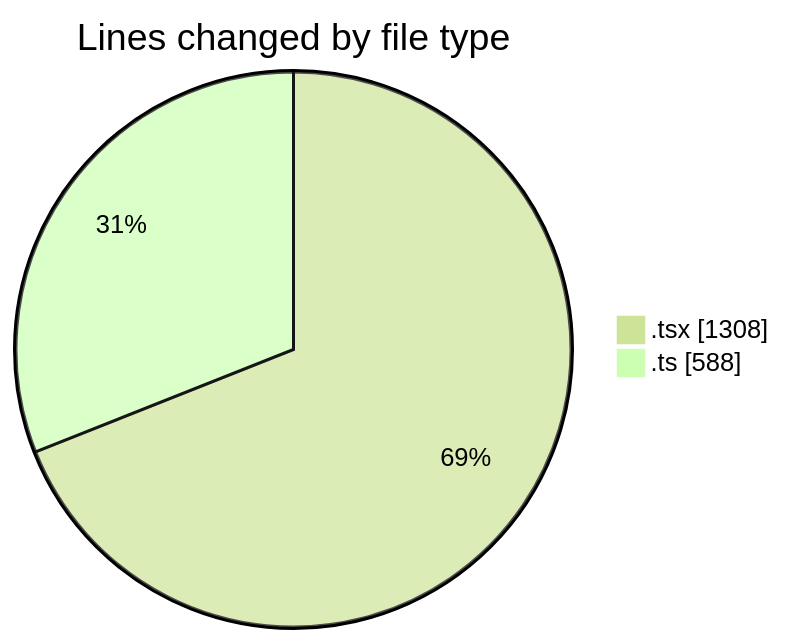
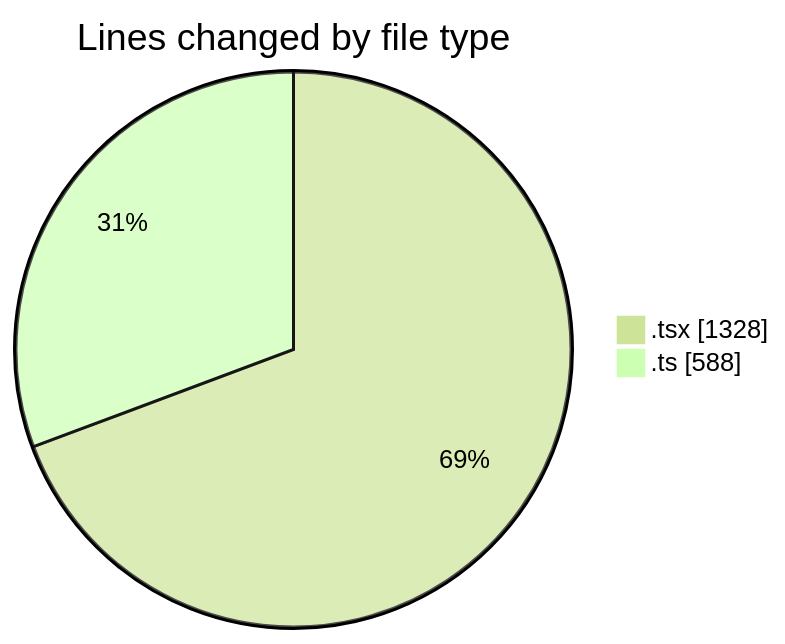
The first of 2 diagrams in 2026-04-17/airfeed-analytics-dashboard/README.md (nxtqubesakshisongat/code-tracking), drawn with Mermaid (forest theme) before and after one commit. The commit also changed other lines of this file and 1 other file, not shown here.

````diff
--- a/2026-04-17/airfeed-analytics-dashboard/README.md
+++ b/2026-04-17/airfeed-analytics-dashboard/README.md
@@ -29,6 +30,6 @@
 ```mermaid
 pie showData
 title Lines changed by file type
-".tsx" : 1308
+".tsx" : 1328
 ".ts" : 588
 ```
````
